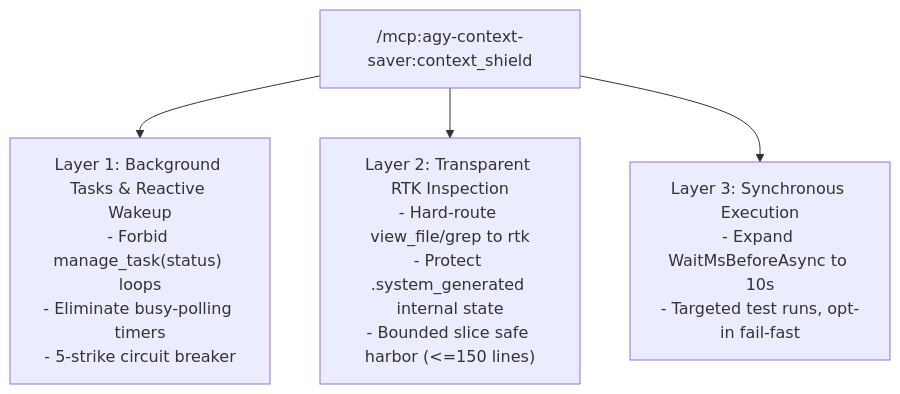
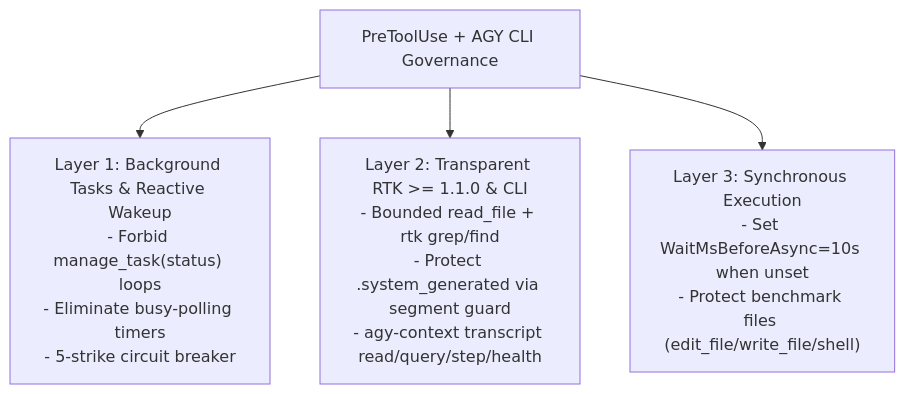
Before and after one commit to paragon-ux/Agy-Context-Saver: the second of 2 diagrams in docs/tools.md, drawn with Mermaid. The commit also changed other lines of this file and 38 other files, not shown here.

Commit message:
feat(v2.0.0): CLI-first architecture, RTK >= 1.1.0 delegation, 2.0 hook governance, and strict docs fix

````diff
--- a/docs/tools.md
+++ b/docs/tools.md
@@ -369,12 +272,12 @@
 ```mermaid
 flowchart TD
-    CS["/mcp:agy-context-saver:context_shield"]
+    CS["PreToolUse + AGY CLI Governance"]
     
     L1["Layer 1: Background Tasks & Reactive Wakeup\n- Forbid manage_task(status) loops\n- Eliminate busy-polling timers\n- 5-strike circuit breaker"]
-    L2["Layer 2: Transparent RTK Inspection\n- Hard-route view_file/grep to rtk\n- Protect .system_generated internal state\n- Bounded slice safe harbor (<=150 lines)"]
-    L3["Layer 3: Synchronous Execution\n- Expand WaitMsBeforeAsync to 10s\n- Targeted test runs, opt-in fail-fast"]
+    L2["Layer 2: Transparent RTK >= 1.1.0 & CLI\n- Bounded read_file + rtk grep/find\n- Protect .system_generated via segment guard\n- agy-context transcript read/query/step/health"]
+    L3["Layer 3: Synchronous Execution\n- Set WaitMsBeforeAsync=10s when unset\n- Protect benchmark files (edit_file/write_file/shell)"]
     
     CS --> L1
     CS --> L2
     CS --> L3
 ```
````
